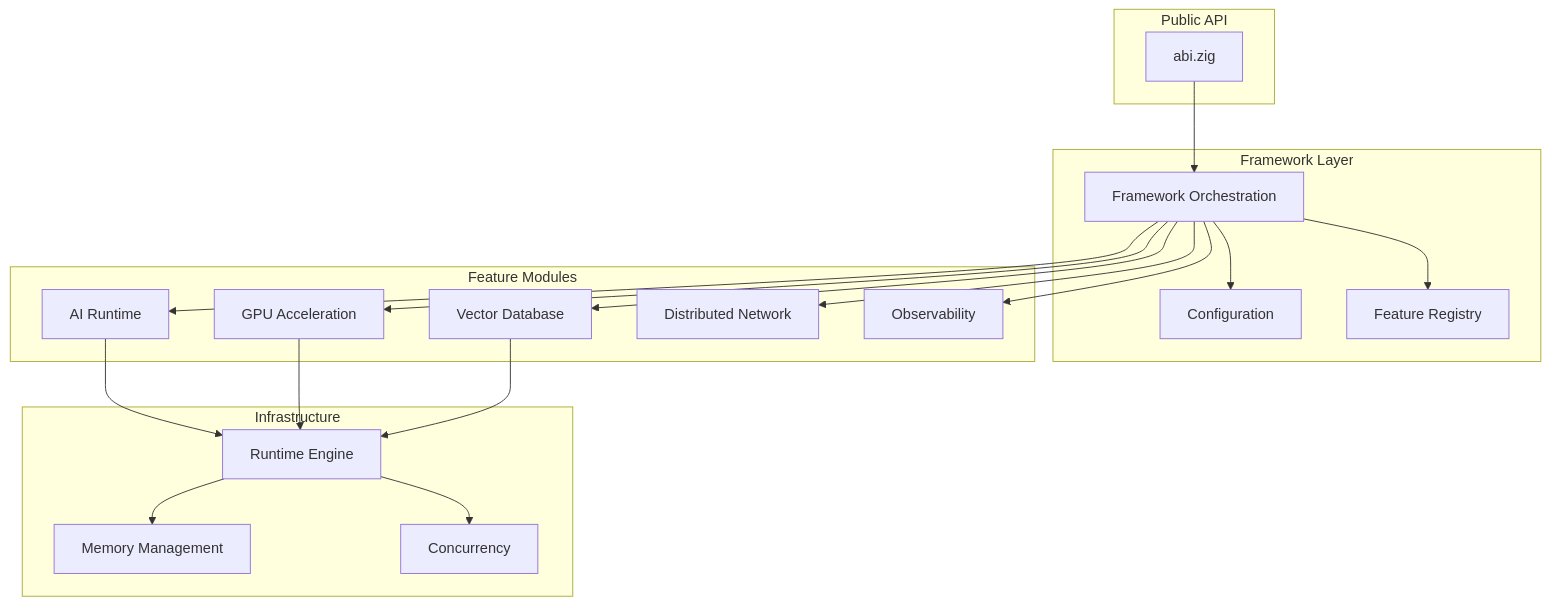
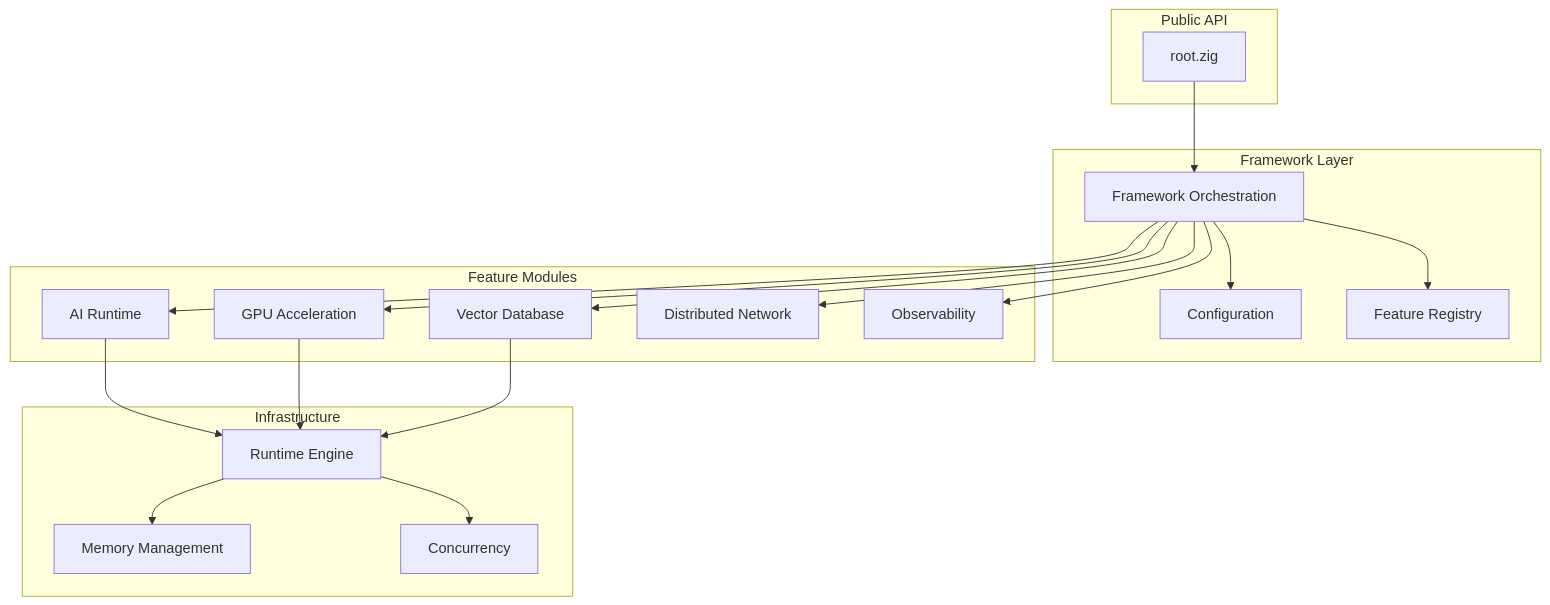
Before and after one commit to donaldfilimon/abi: the diagram in README.md, drawn with Mermaid. The commit also changed other lines of this file and 46 other files, not shown here.

````diff
--- a/README.md
+++ b/README.md
@@ -382,40 +383,40 @@
 ```mermaid
 flowchart TB
     subgraph "Public API"
-        ABI[abi.zig]
+        ABI[root.zig]
     end
 
     subgraph "Framework Layer"
         FW[Framework Orchestration]
         CFG[Configuration]
         REG[Feature Registry]
     end
 
     subgraph "Feature Modules"
         AI[AI Runtime]
         GPU[GPU Acceleration]
         DB[Vector Database]
         NET[Distributed Network]
         OBS[Observability]
     end
 
     subgraph "Infrastructure"
         RT[Runtime Engine]
         MEM[Memory Management]
         CONC[Concurrency]
     end
 
     ABI --> FW
     FW --> CFG
     FW --> REG
     FW --> AI
     FW --> GPU
     FW --> DB
     FW --> NET
     FW --> OBS
     AI --> RT
     GPU --> RT
     DB --> RT
     RT --> MEM
     RT --> CONC
 ```
````
